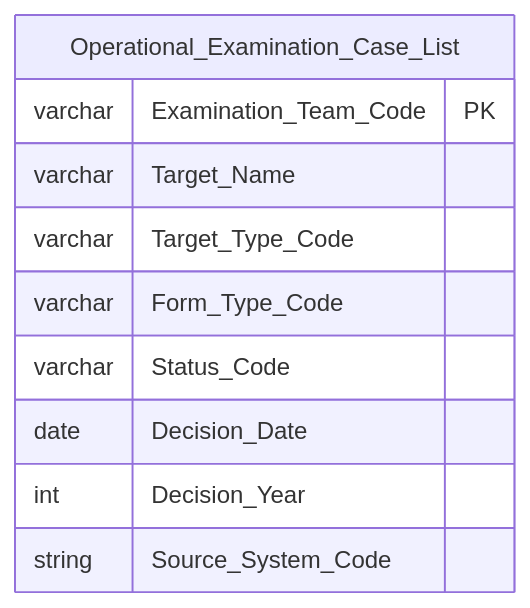
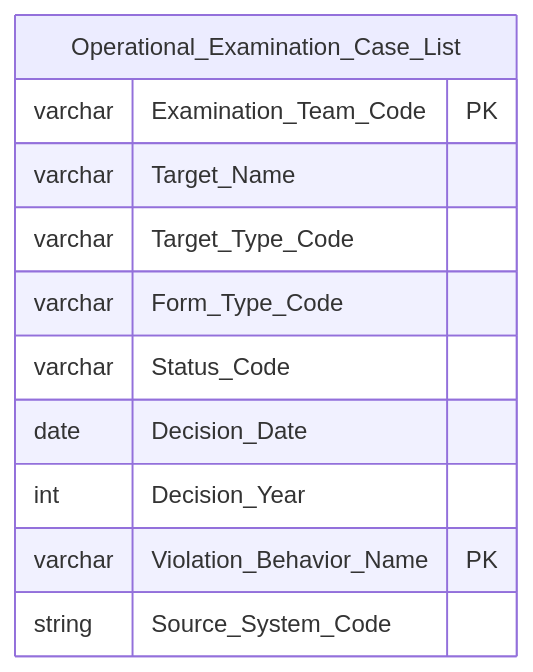
Diagram 35 of 54 in Datamart/hld/DTM_TT_HLD.md (linhlvit/ubck_atomic_design), drawn with Mermaid before and after one commit. The commit also changed other lines of this file and 23 other files, not shown here.

````diff
--- a/Datamart/hld/DTM_TT_HLD.md
+++ b/Datamart/hld/DTM_TT_HLD.md
@@ -1408,13 +1433,14 @@
 ```mermaid
 erDiagram
     Operational_Examination_Case_List {
         varchar Examination_Team_Code PK
         varchar Target_Name
         varchar Target_Type_Code
         varchar Form_Type_Code
         varchar Status_Code
         date Decision_Date
         int Decision_Year
+        varchar Violation_Behavior_Name PK
         string Source_System_Code
     }
 ```
````
